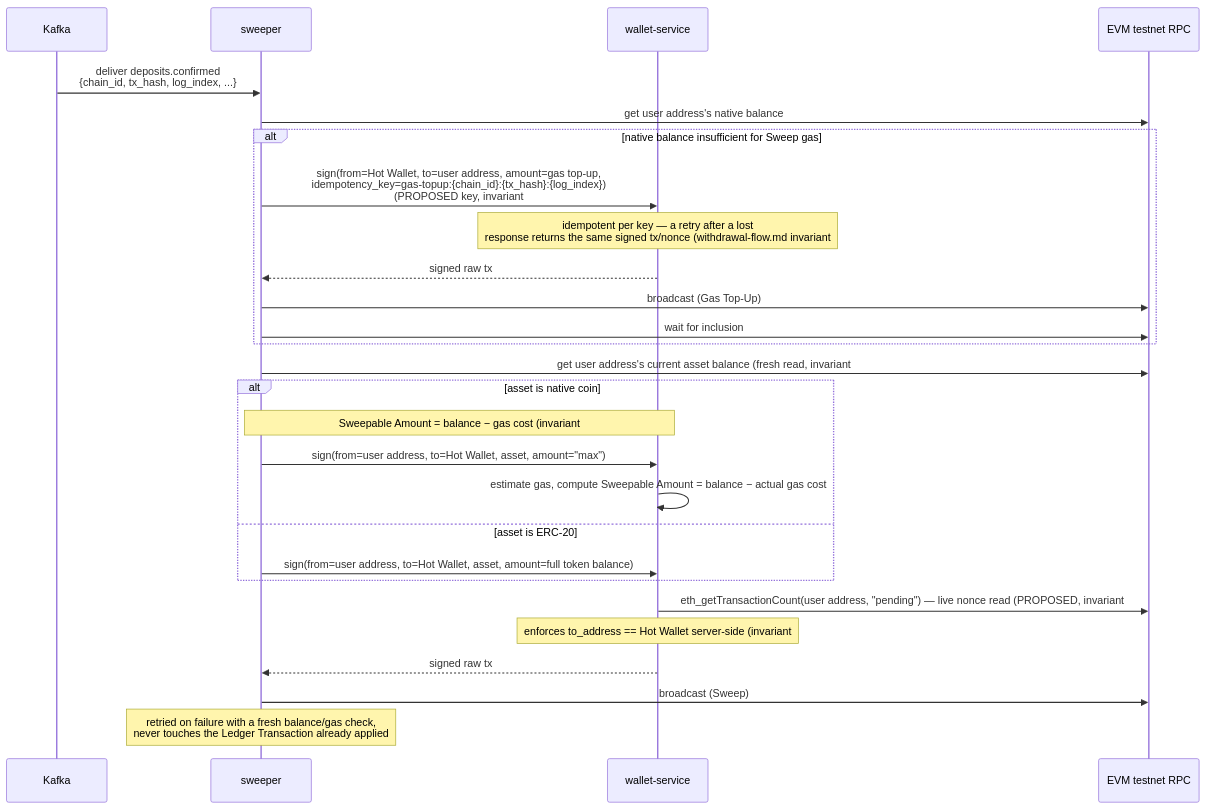
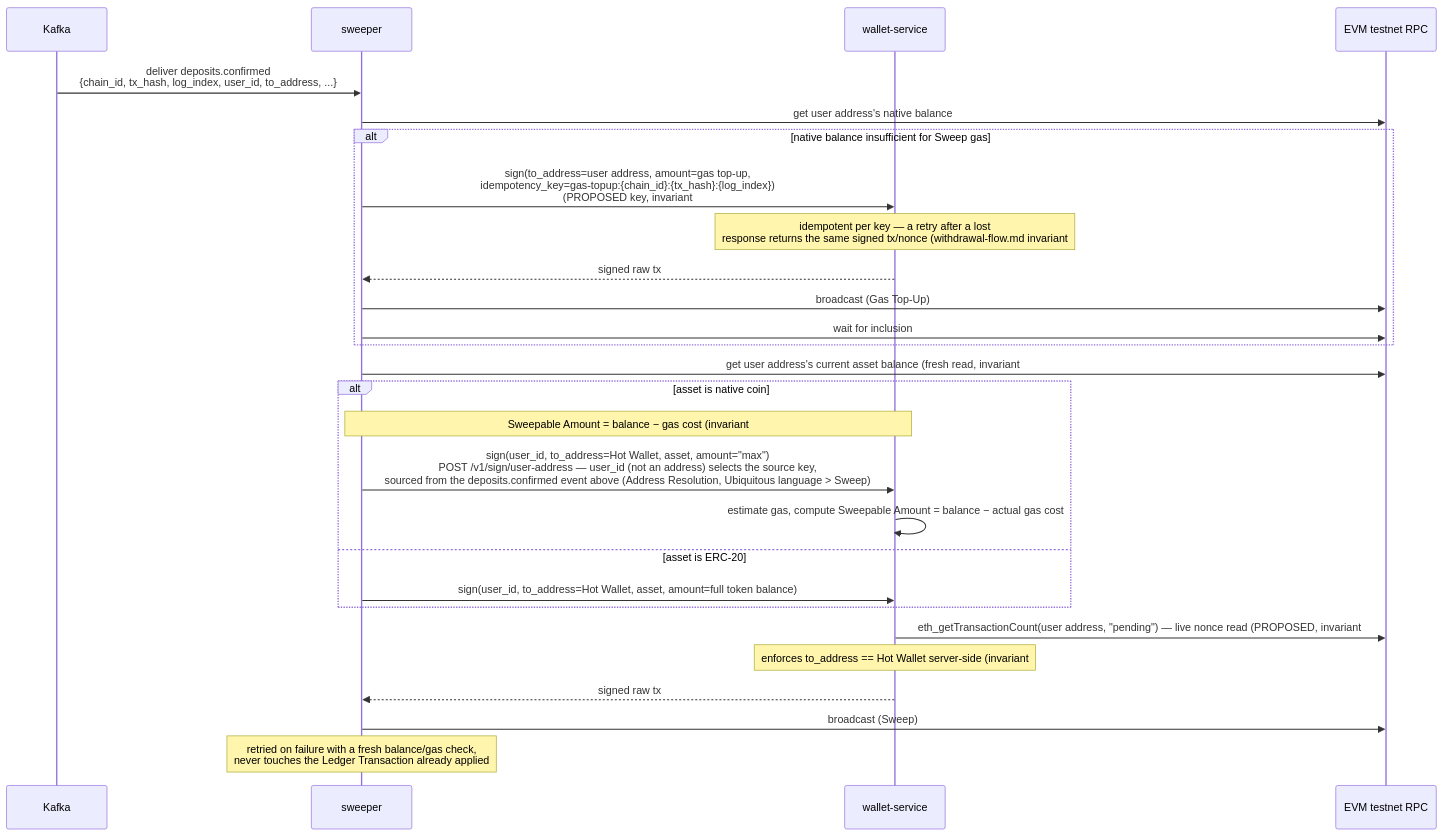
Before and after one commit to VuKhuongDuy/DigiWal: the second of 2 diagrams in docs/design/deposit-flow.md, drawn with Mermaid. The commit also changed other lines of this file and 4 other files, not shown here.

````diff
--- a/docs/design/deposit-flow.md
+++ b/docs/design/deposit-flow.md
@@ -369,30 +378,30 @@
 ```mermaid
 sequenceDiagram
     participant Kafka
     participant Sweeper as sweeper
     participant Wallet as wallet-service
     participant RPC as EVM testnet RPC
 
-    Kafka->>Sweeper: deliver deposits.confirmed<br/>{chain_id, tx_hash, log_index, ...}
+    Kafka->>Sweeper: deliver deposits.confirmed<br/>{chain_id, tx_hash, log_index, user_id, to_address, ...}
     Sweeper->>RPC: get user address's native balance
     alt native balance insufficient for Sweep gas
-        Sweeper->>Wallet: sign(from=Hot Wallet, to=user address, amount=gas top-up,<br/>idempotency_key=gas-topup:{chain_id}:{tx_hash}:{log_index})<br/>(PROPOSED key, invariant #13)
+        Sweeper->>Wallet: sign(to_address=user address, amount=gas top-up,<br/>idempotency_key=gas-topup:{chain_id}:{tx_hash}:{log_index})<br/>(PROPOSED key, invariant #13) — POST /v1/sign/hot-wallet, no user_id needed (FROM is the Hot Wallet)
         Note over Wallet: idempotent per key — a retry after a lost<br/>response returns the same signed tx/nonce (withdrawal-flow.md invariant #16)
         Wallet-->>Sweeper: signed raw tx
         Sweeper->>RPC: broadcast (Gas Top-Up)
         Sweeper->>RPC: wait for inclusion
     end
     Sweeper->>RPC: get user address's current asset balance (fresh read, invariant #10)
     alt asset is native coin
         Note over Sweeper,Wallet: Sweepable Amount = balance − gas cost (invariant #14)<br/>who computes it depends on integration-contracts.md Open Questions #11 —<br/>shown here assuming wallet-service owns gas construction (recommended)
-        Sweeper->>Wallet: sign(from=user address, to=Hot Wallet, asset, amount="max")
+        Sweeper->>Wallet: sign(user_id, to_address=Hot Wallet, asset, amount="max")<br/>POST /v1/sign/user-address — user_id (not an address) selects the source key,<br/>sourced from the deposits.confirmed event above (Address Resolution, Ubiquitous language > Sweep)
         Wallet->>Wallet: estimate gas, compute Sweepable Amount = balance − actual gas cost
     else asset is ERC-20
-        Sweeper->>Wallet: sign(from=user address, to=Hot Wallet, asset, amount=full token balance)
+        Sweeper->>Wallet: sign(user_id, to_address=Hot Wallet, asset, amount=full token balance)
     end
     Wallet->>RPC: eth_getTransactionCount(user address, "pending") — live nonce read (PROPOSED, invariant #12)
     Note over Wallet: enforces to_address == Hot Wallet server-side (invariant #7)
     Wallet-->>Sweeper: signed raw tx
     Sweeper->>RPC: broadcast (Sweep)
     Note over Sweeper: retried on failure with a fresh balance/gas check,<br/>never touches the Ledger Transaction already applied
 ```
````
